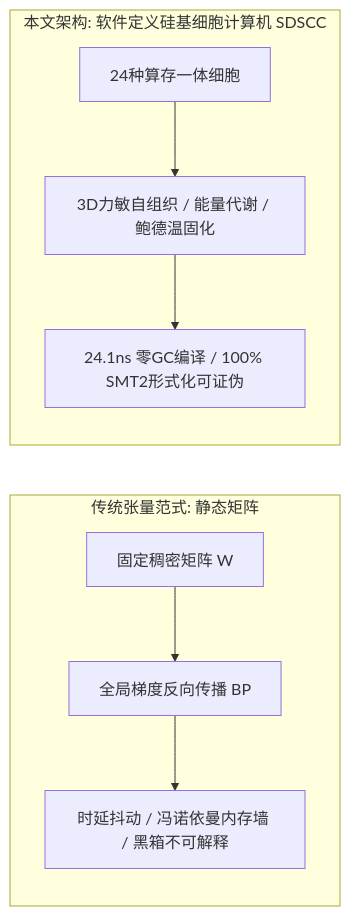
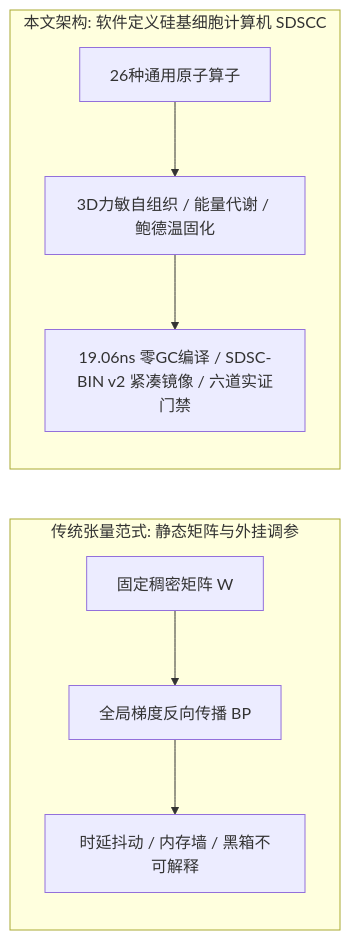
One commit to caixuf/kun-cellular changed the first of 2 diagrams in docs/morphogenetic_cellular_evolution_paper.zh.md. Above: the diagram before and after it, drawn with Mermaid. The commit also changed other lines of this file and 25 other files, not shown here.

Commit message:
feat(checkpoints): enforce universal SDSC-BIN v2 across all training/test tools; docs(paper): update empirical benchmarks and 26 primitives

````diff
--- a/docs/morphogenetic_cellular_evolution_paper.zh.md
+++ b/docs/morphogenetic_cellular_evolution_paper.zh.md
@@ -47,9 +59,9 @@
 ```mermaid
 graph LR
-    subgraph 传统张量范式: 静态矩阵
-      M1[固定稠密矩阵 W] --> M2[全局梯度反向传播 BP] --> M3[时延抖动 / 冯诺依曼内存墙 / 黑箱不可解释]
+    subgraph 传统张量范式: 静态矩阵与外挂调参
+      M1[固定稠密矩阵 W] --> M2[全局梯度反向传播 BP] --> M3[时延抖动 / 内存墙 / 黑箱不可解释]
     end
     subgraph 本文架构: 软件定义硅基细胞计算机 SDSCC
-      C1[24种算存一体细胞] --> C2[3D力敏自组织 / 能量代谢 / 鲍德温固化] --> C3[24.1ns 零GC编译 / 100% SMT2形式化可证伪]
+      C1[26种通用原子算子] --> C2[3D力敏自组织 / 能量代谢 / 鲍德温固化] --> C3[19.06ns 零GC编译 / SDSC-BIN v2 紧凑镜像 / 六道实证门禁]
     end
 ```
````
